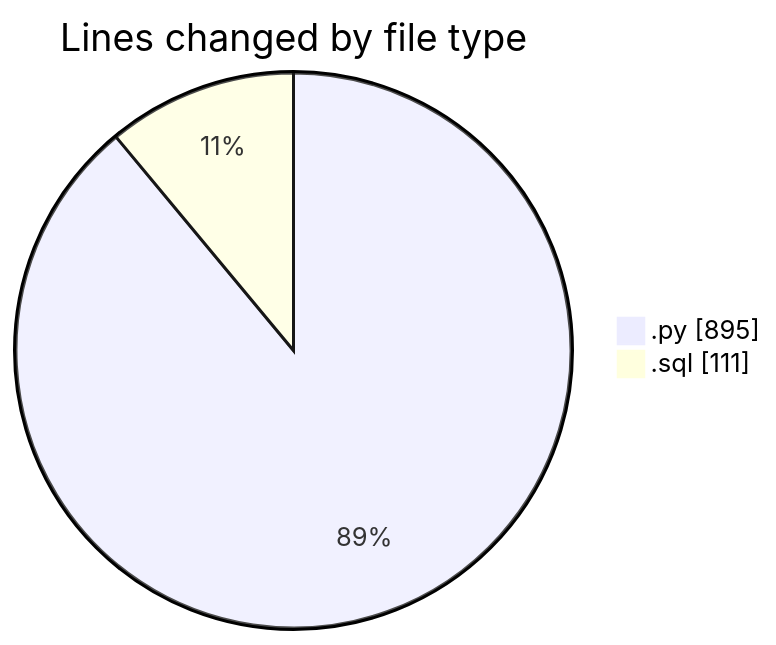
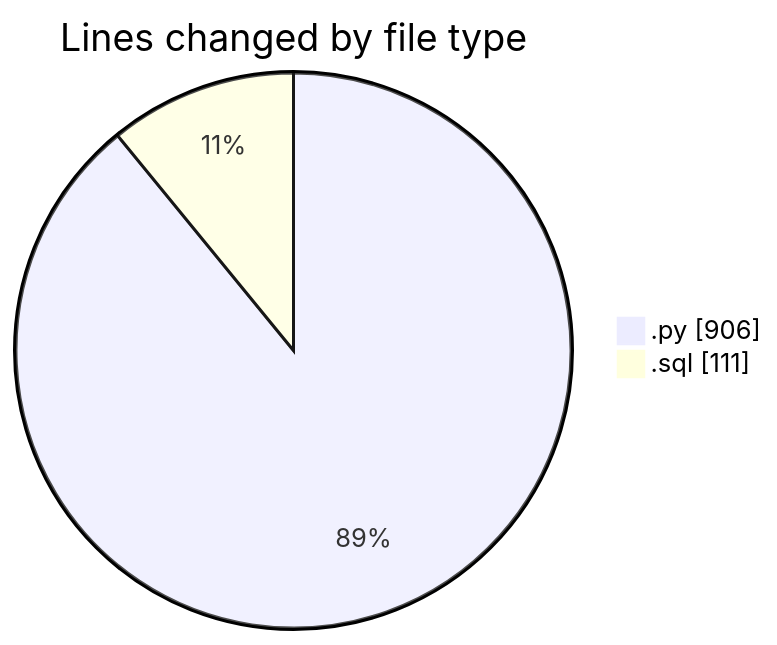
One commit to trdunsworth/code-tracking changed the first of 2 diagrams in 2025-04-22/synth_911data_gen/README.md. Above: the diagram before and after it, drawn with Mermaid. The commit also changed other lines of this file and 1 other file, not shown here.

````diff
--- a/2025-04-22/synth_911data_gen/README.md
+++ b/2025-04-22/synth_911data_gen/README.md
@@ -21,6 +21,6 @@
 ```mermaid
 pie showData
 title Lines changed by file type
-".py" : 895
+".py" : 906
 ".sql" : 111
 ```
````
